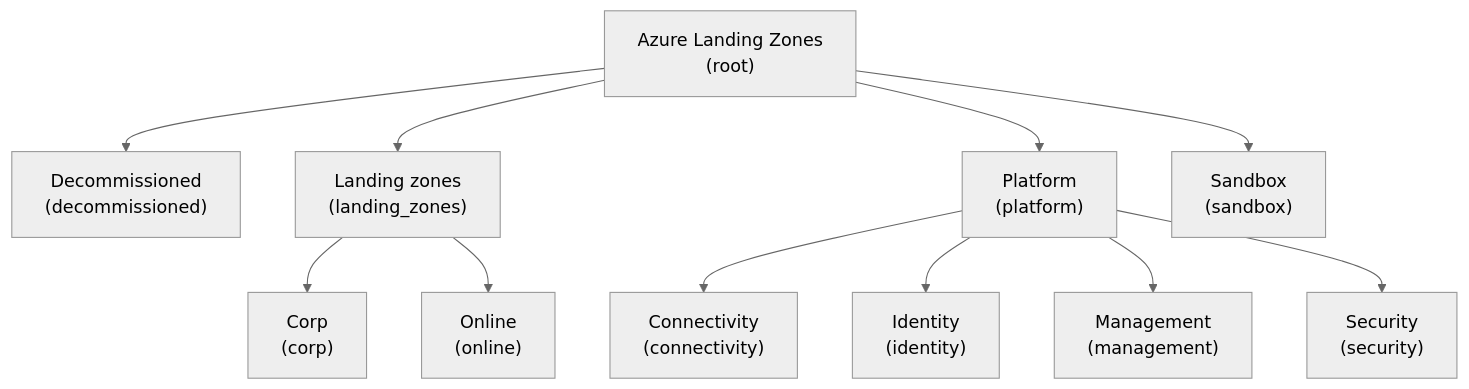
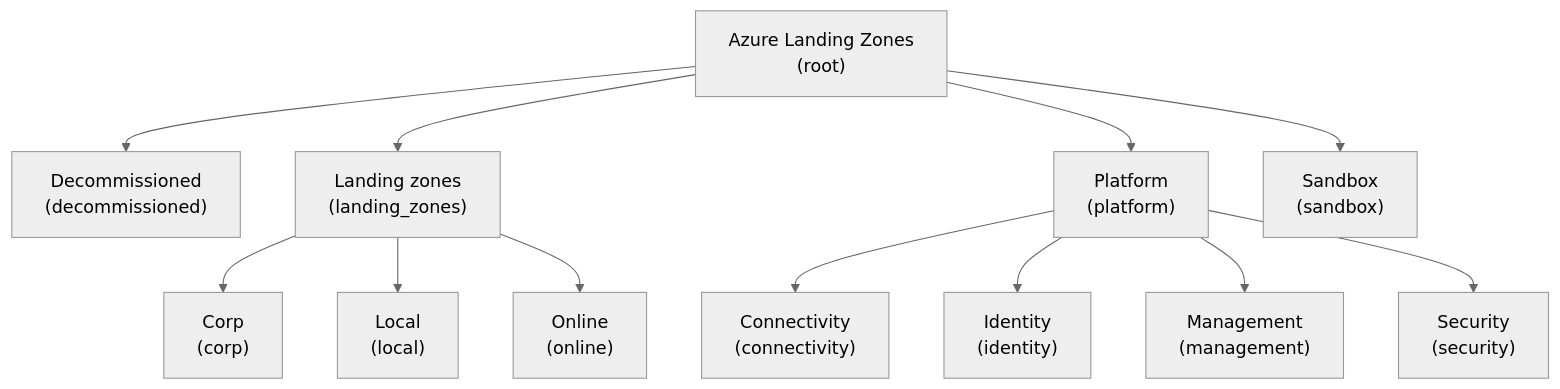
The diagram in platform/alz/README.md (Azure/Azure-Landing-Zones-Library), drawn with Mermaid (neutral theme) before and after one commit. The commit also changed other lines of this file and 3 other files, not shown here.

````diff
--- a/platform/alz/README.md
+++ b/platform/alz/README.md
@@ -27,36 +27,39 @@
 ```mermaid
 flowchart TD
   alz["Azure Landing Zones
 (root)"]
   alz --> decommissioned
   decommissioned["Decommissioned
 (decommissioned)"]
   alz --> landingzones
   landingzones["Landing zones
 (landing_zones)"]
   landingzones --> corp
   corp["Corp
 (corp)"]
+  landingzones --> local
+  local["Local
+(local)"]
   landingzones --> online
   online["Online
 (online)"]
   alz --> platform
   platform["Platform
 (platform)"]
   platform --> connectivity
   connectivity["Connectivity
 (connectivity)"]
   platform --> identity
   identity["Identity
 (identity)"]
   platform --> management
   management["Management
 (management)"]
   platform --> security
   security["Security
 (security)"]
   alz --> sandbox
   sandbox["Sandbox
 (sandbox)"]
 
 ```
````
